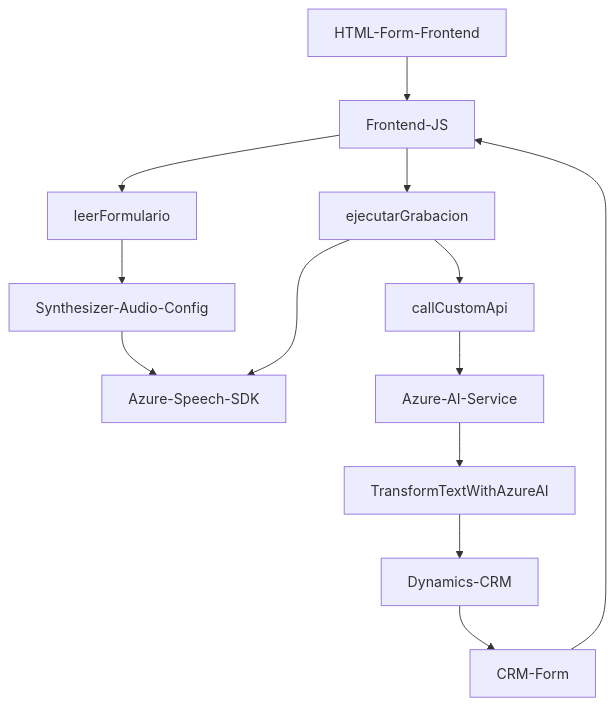
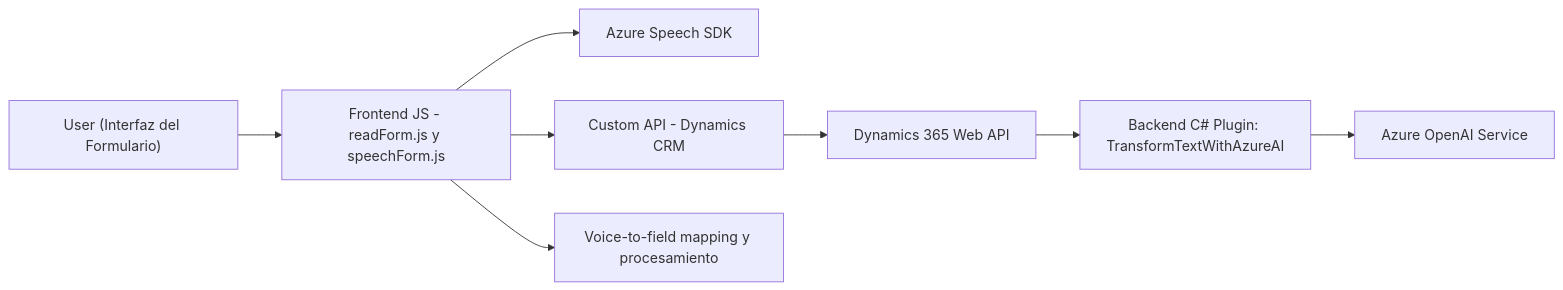
Before and after one commit to blopezdm/NETCORE_BILBAO2025: the diagram in README.md, drawn with Mermaid. The commit also changed other lines of this file, not shown here.

````diff
--- a/README.md
+++ b/README.md
@@ -38,15 +27,10 @@
 ```mermaid
-graph TD
-    A["HTML-Form-Frontend"] --> B["Frontend-JS"]
-    B --> C1["leerFormulario"]
-    B --> C2["ejecutarGrabacion"]
-    C2 --> D["Azure-Speech-SDK"]
-    C1 --> E["Synthesizer-Audio-Config"]
-    E --> D
-    C2 --> F["callCustomApi"]
-    F --> G["Azure-AI-Service"]
-    G --> H["TransformTextWithAzureAI"]
-    H --> I["Dynamics-CRM"]
-    I --> J["CRM-Form"]
-    J --> B
+graph LR
+    A["User (Interfaz del Formulario)"] --> B["Frontend JS - readForm.js y speechForm.js"]
+    B --> C["Azure Speech SDK"]
+    B --> D["Custom API - Dynamics CRM"]
+    B --> E["Voice-to-field mapping y procesamiento"]
+    D --> F["Dynamics 365 Web API"]
+    F --> G["Backend C# Plugin: TransformTextWithAzureAI"]
+    G --> H["Azure OpenAI Service"]
 ```
````
